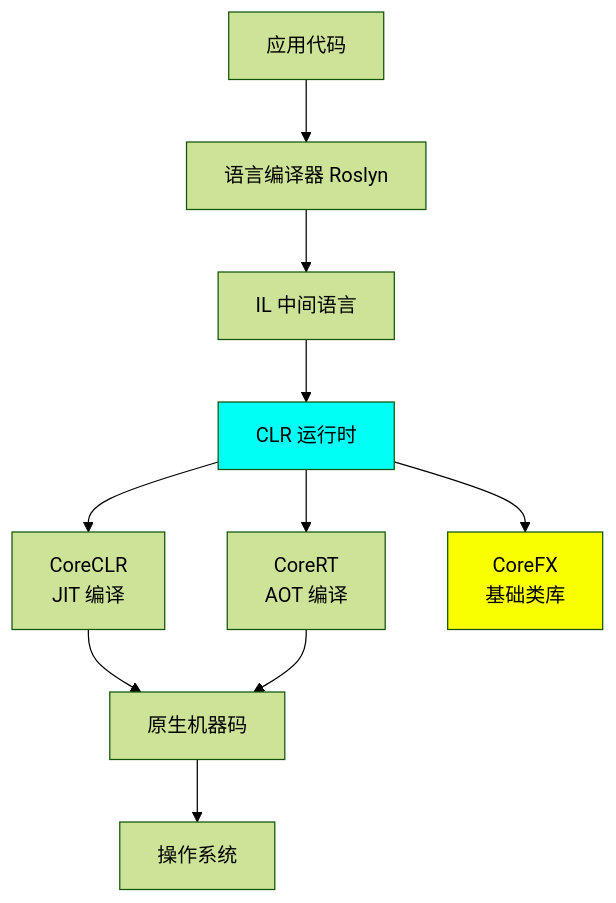
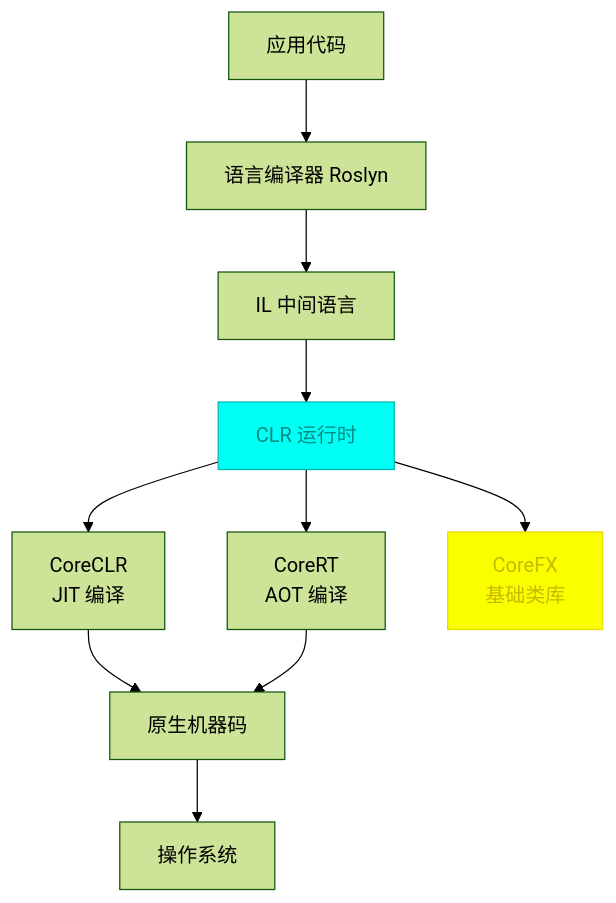
The second of 3 diagrams in _posts/2021-06-15-dotnet-cross-platform.md (FreezeSoul/freezesoul.github.com), drawn with Mermaid (forest theme) before and after one commit. The commit also changed other lines of this file and 9 other files, not shown here.

Commit message:
修正mermaid配色与要求

````diff
--- a/_posts/2021-06-15-dotnet-cross-platform.md
+++ b/_posts/2021-06-15-dotnet-cross-platform.md
@@ -136,19 +136,19 @@
 ```mermaid
 graph TD
     A[应用代码] --> B[语言编译器 Roslyn]
     B --> C[IL 中间语言]
     C --> D[CLR 运行时]
 
     D --> E[CoreCLR<br/>JIT 编译]
     D --> F[CoreRT<br/>AOT 编译]
 
     E --> G[原生机器码]
     F --> G
 
     G --> H[操作系统]
 
     D --> I[CoreFX<br/>基础类库]
 
-    style D fill:#00fff5
-    style I fill:#faff00
+    style D fill:#00fff5,stroke:#00b8b0,color:#008b82
+    style I fill:#faff00,stroke:#e6d900,color:#c9b800
 ```
````
